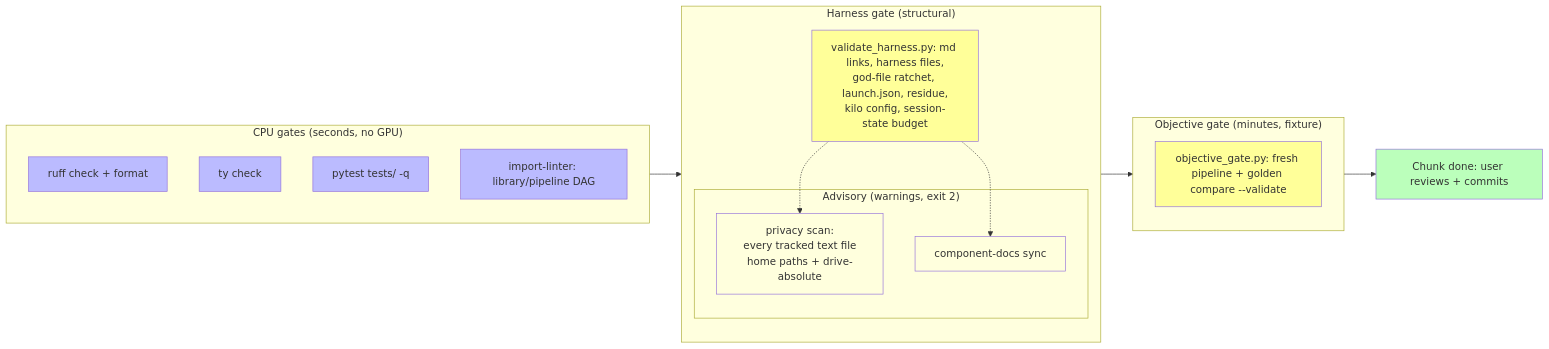
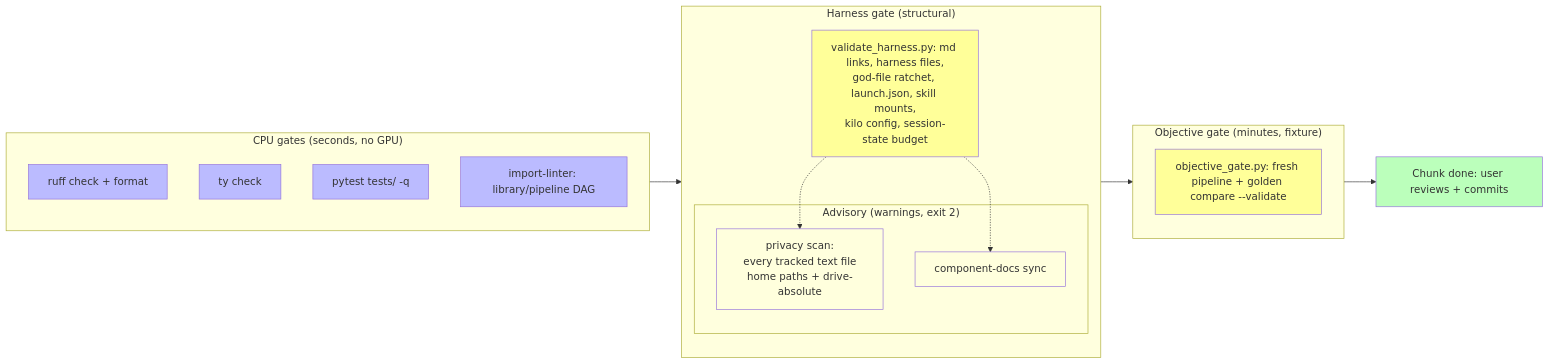
Before and after one commit to Vicomtech/dardcollect: the second of 2 diagrams in docs/6-HARNESS.md, drawn with Mermaid. The commit also changed other lines of this file and 31 other files, not shown here.

First line of the commit message:
Refactor harness validation and introduce skill mount checks

````diff
--- a/docs/6-HARNESS.md
+++ b/docs/6-HARNESS.md
@@ -67,31 +67,31 @@
 ```mermaid
 flowchart LR
     subgraph CPU["CPU gates (seconds, no GPU)"]
         R[ruff check + format]
         T[ty check]
         P[pytest tests/ -q]
         IL[import-linter: library/pipeline DAG]
     end
     subgraph H["Harness gate (structural)"]
-        VH[validate_harness.py: md links, harness files,<br/>god-file ratchet, launch.json, residue,<br/>kilo config, session-state budget]
+        VH[validate_harness.py: md links, harness files,<br/>god-file ratchet, launch.json, skill mounts,<br/>kilo config, session-state budget]
         subgraph ADV["Advisory (warnings, exit 2)"]
             PV[privacy scan:<br/>every tracked text file<br/>home paths + drive-absolute]
             CD[component-docs sync]
         end
     end
     subgraph O["Objective gate (minutes, fixture)"]
         OG[objective_gate.py: fresh pipeline + golden compare --validate]
     end
     VH -.-> PV
     VH -.-> CD
     CPU --> H --> O --> DONE[Chunk done: user reviews + commits]
     style R fill:#bbf
     style T fill:#bbf
     style P fill:#bbf
     style IL fill:#bbf
     style VH fill:#ff9
     style PV fill:#ffd
     style CD fill:#ffd
     style OG fill:#ff9
     style DONE fill:#bfb
 ```
````
